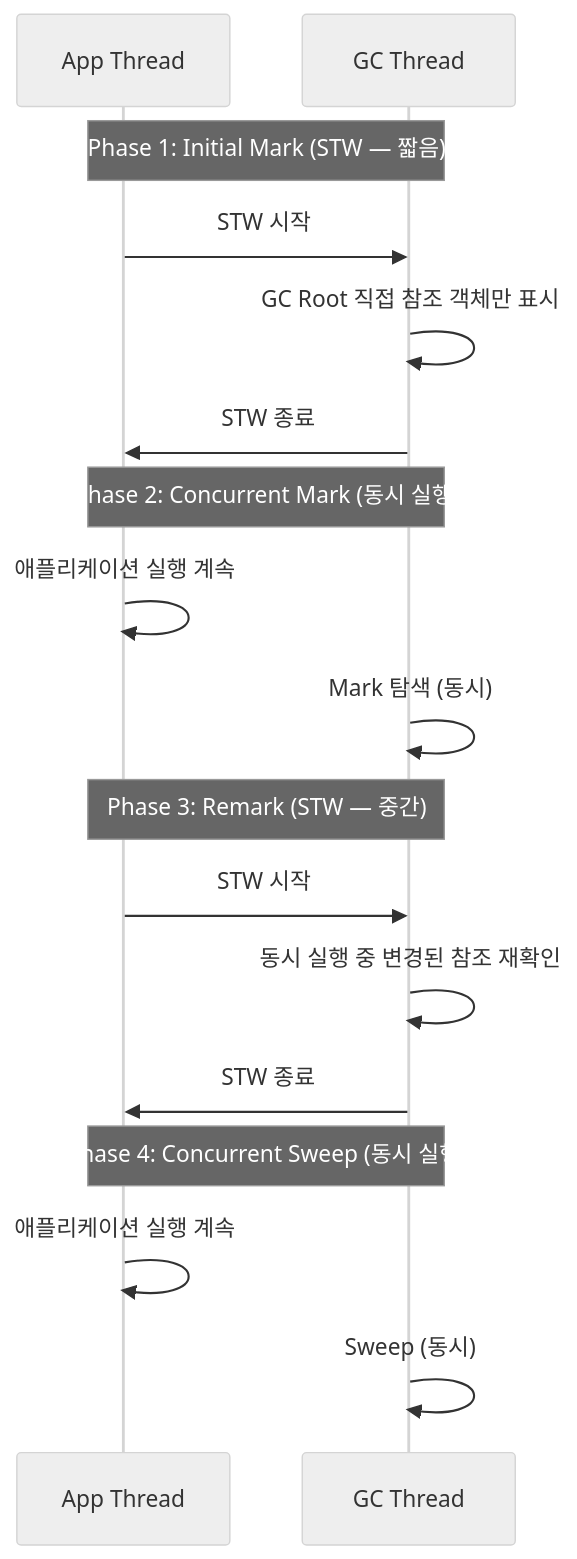
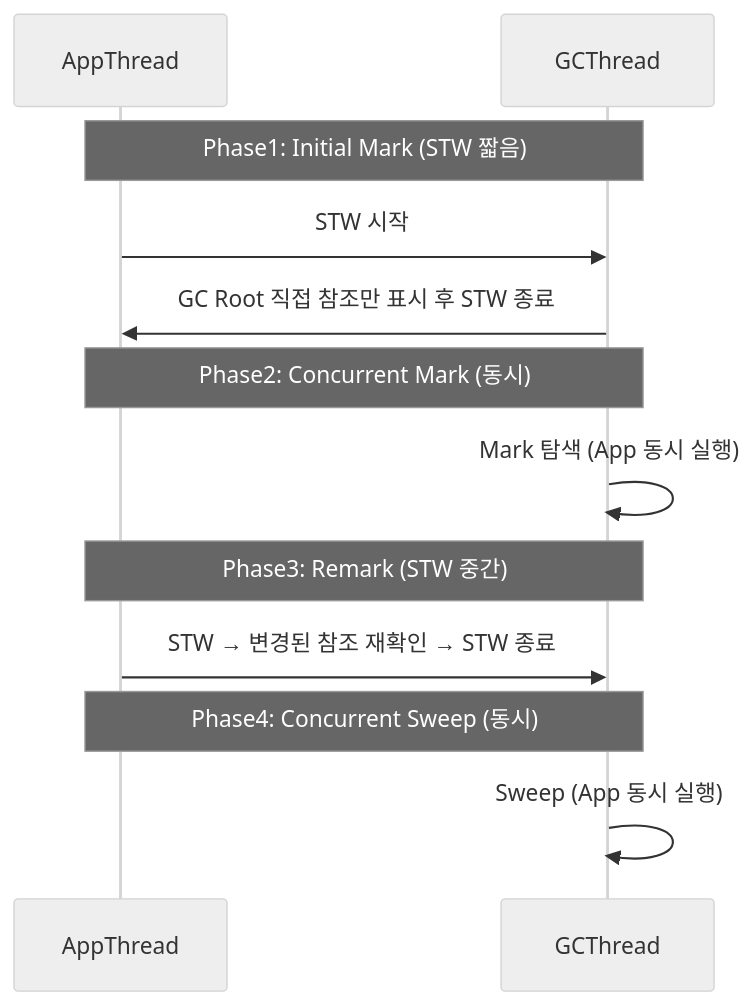
One commit to yjkim2015/yjkim2015.github.io changed diagram 13 of 29 in _posts/java/2026-05-01-java-garbage-collector.md. Above: the diagram before and after it, drawn with Mermaid (neutral theme). The commit also changed other lines of this file and 215 other files, not shown here.

First line of the commit message:
신규 포스트 10개 추가 + Mermaid 전면 축소 + SystemDesign 시리즈 보강

````diff
--- a/_posts/java/2026-05-01-java-garbage-collector.md
+++ b/_posts/java/2026-05-01-java-garbage-collector.md
@@ -329,23 +263,14 @@
 ```mermaid
 sequenceDiagram
-    participant App as App Thread
-    participant GC as GC Thread
-
-    Note over App,GC: Phase 1: Initial Mark (STW — 짧음)
+    participant App as AppThread
+    participant GC as GCThread
+    Note over App,GC: Phase1: Initial Mark (STW 짧음)
     App->>GC: STW 시작
-    GC->>GC: GC Root 직접 참조 객체만 표시
-    GC->>App: STW 종료
-
-    Note over App,GC: Phase 2: Concurrent Mark (동시 실행)
-    App->>App: 애플리케이션 실행 계속
-    GC->>GC: Mark 탐색 (동시)
-
-    Note over App,GC: Phase 3: Remark (STW — 중간)
-    App->>GC: STW 시작
-    GC->>GC: 동시 실행 중 변경된 참조 재확인
-    GC->>App: STW 종료
-
-    Note over App,GC: Phase 4: Concurrent Sweep (동시 실행)
-    App->>App: 애플리케이션 실행 계속
-    GC->>GC: Sweep (동시)
+    GC->>App: GC Root 직접 참조만 표시 후 STW 종료
+    Note over App,GC: Phase2: Concurrent Mark (동시)
+    GC->>GC: Mark 탐색 (App 동시 실행)
+    Note over App,GC: Phase3: Remark (STW 중간)
+    App->>GC: STW → 변경된 참조 재확인 → STW 종료
+    Note over App,GC: Phase4: Concurrent Sweep (동시)
+    GC->>GC: Sweep (App 동시 실행)
 ```
````
